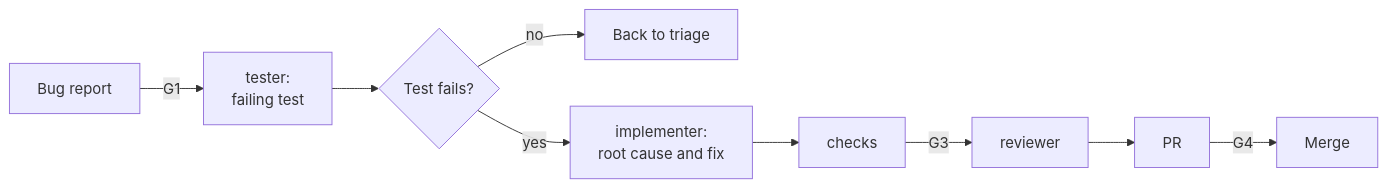
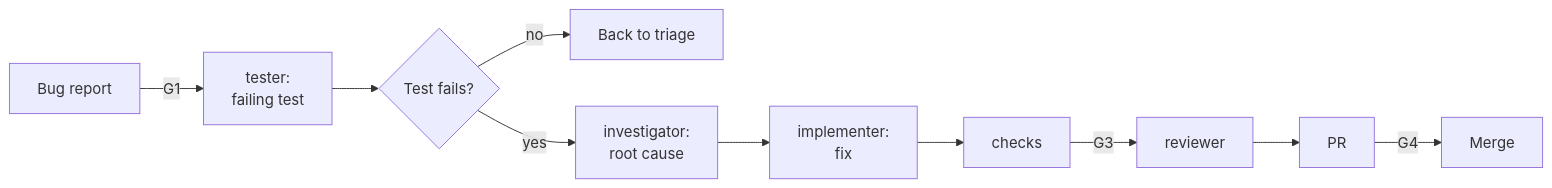
Before and after one commit to brawblan/ai-workflow: the diagram in docs/guides/fix-a-bug.md, drawn with Mermaid. The commit also changed other lines of this file and 5 other files, not shown here.

First line of the commit message:
docs(guides): move the working parts to Today for v1 (roadmap 6h)

````diff
--- a/docs/guides/fix-a-bug.md
+++ b/docs/guides/fix-a-bug.md
@@ -18,6 +18,6 @@
 ```mermaid
 flowchart LR
   B[Bug report] -->|G1| T[tester:<br/>failing test] --> F{Test fails?}
   F -->|no| X[Back to triage]
-  F -->|yes| I[implementer:<br/>root cause and fix] --> C[checks] -->|G3| R[reviewer] --> PR[PR] -->|G4| M[Merge]
+  F -->|yes| V[investigator:<br/>root cause] --> I[implementer:<br/>fix] --> C[checks] -->|G3| R[reviewer] --> PR[PR] -->|G4| M[Merge]
 ```
````
